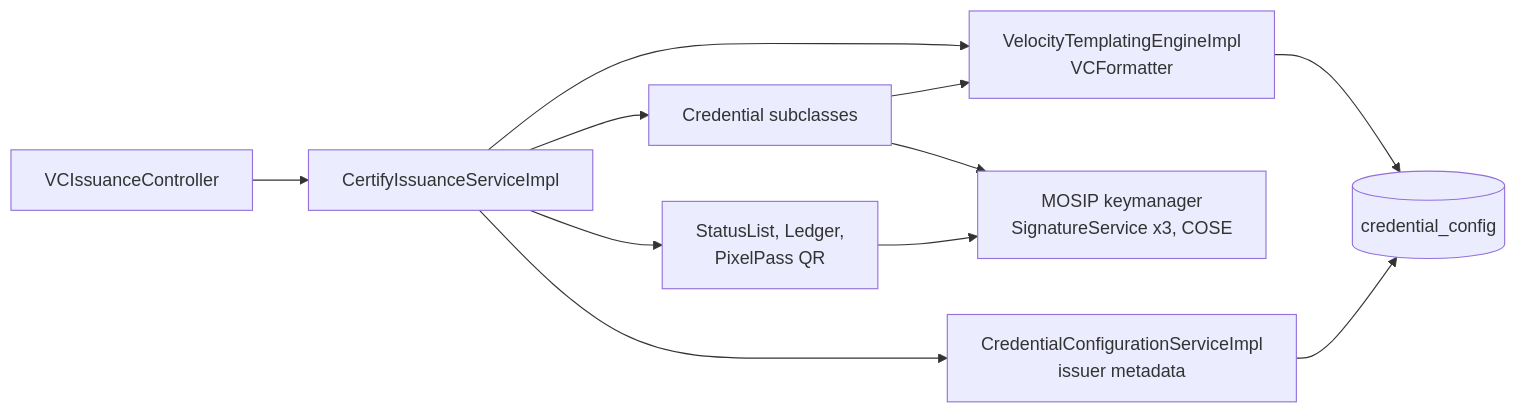
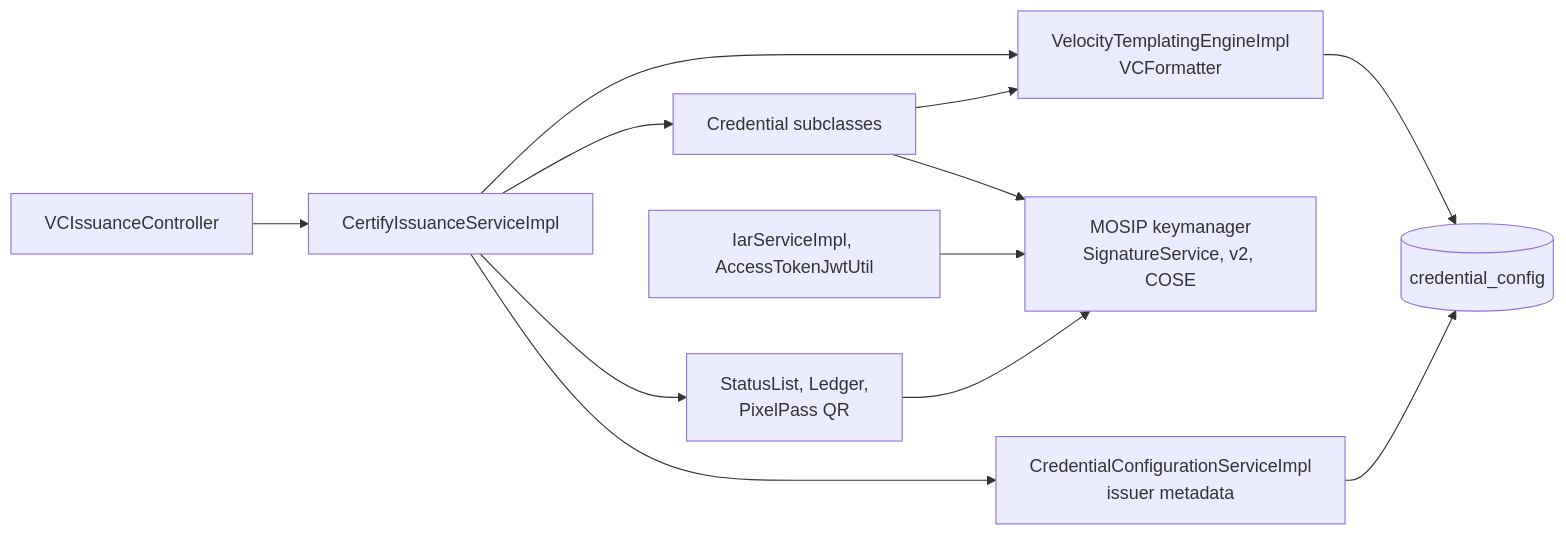
Before and after one commit to jainhitesh9998/inji-certify: the second of 4 diagrams in docs/Architecture-Extensibility-Review.md, drawn with Mermaid. The commit also changed other lines of this file, not shown here.

````diff
--- a/docs/Architecture-Extensibility-Review.md
+++ b/docs/Architecture-Extensibility-Review.md
@@ -73,13 +88,14 @@
 ```mermaid
 flowchart LR
   Ctrl[VCIssuanceController] --> Svc[CertifyIssuanceServiceImpl]
   Svc --> Fmt[VelocityTemplatingEngineImpl<br/>VCFormatter]
   Svc --> Cred[Credential subclasses]
   Svc --> Side[StatusList, Ledger,<br/>PixelPass QR]
   Svc --> Meta[CredentialConfigurationServiceImpl<br/>issuer metadata]
   Cred --> Fmt
-  Cred --> KM[MOSIP keymanager<br/>SignatureService x3, COSE]
+  Cred --> KM[MOSIP keymanager<br/>SignatureService, v2, COSE]
   Fmt --> Repo[(credential_config)]
   Meta --> Repo
   Side --> KM
+  AS[IarServiceImpl, AccessTokenJwtUtil] --> KM
 ```
````
